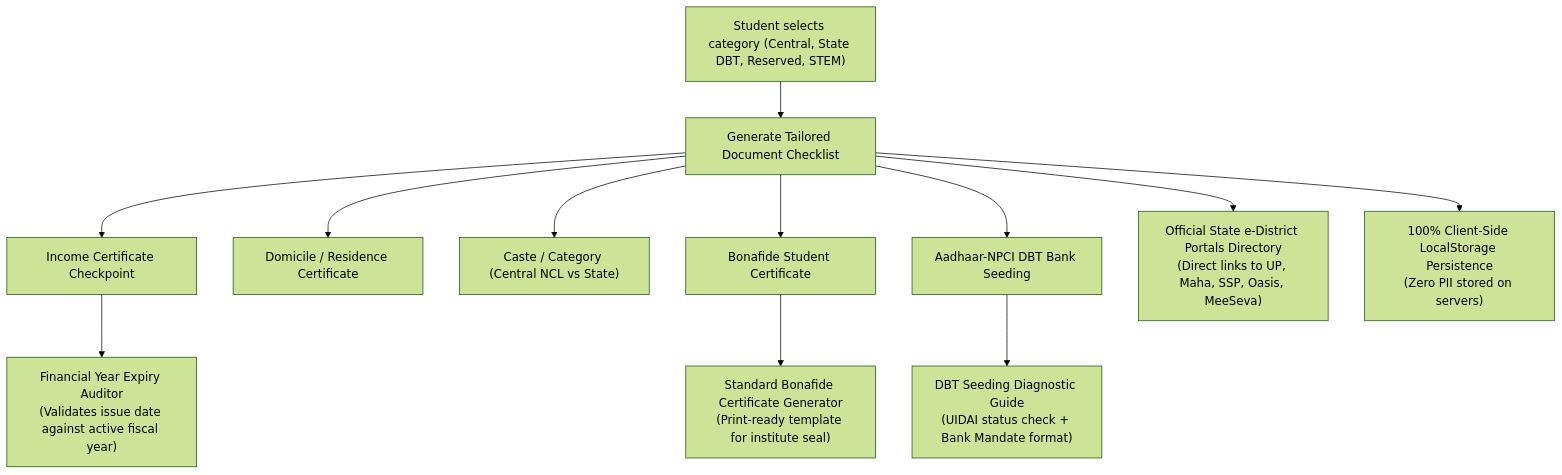
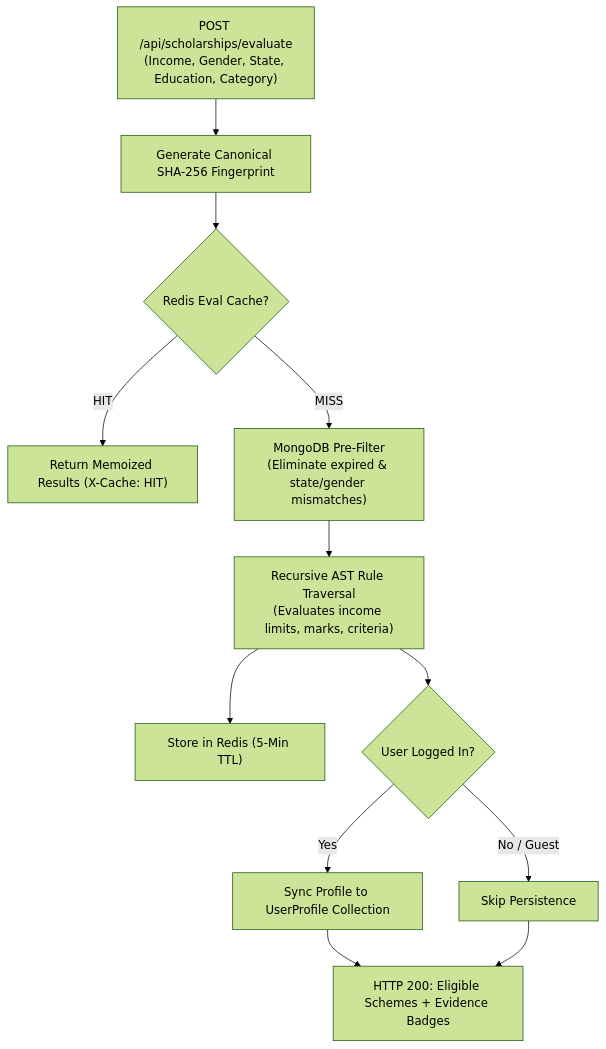
The third of 4 diagrams in README.md (sanskriti49/udaan-scholarship-finder), drawn with Mermaid (forest theme) before and after one commit. The commit also changed other lines of this file and 21 other files, not shown here.

````diff
--- a/README.md
+++ b/README.md
@@ -109,21 +249,16 @@
 ```mermaid
 flowchart TD
-    Category["Student selects category (Central, State DBT, Reserved, STEM)"] --> Pack["Generate Tailored Document Checklist"]
-    Pack --> Income["Income Certificate Checkpoint"]
-    Pack --> Domicile["Domicile / Residence Certificate"]
-    Pack --> Caste["Caste / Category (Central NCL vs State)"]
-    Pack --> Bonafide["Bonafide Student Certificate"]
-    Pack --> DBT["Aadhaar-NPCI DBT Bank Seeding"]
-
-    Income --> FYAudit["Financial Year Expiry Auditor
-(Validates issue date against active fiscal year)"]
-    Bonafide --> Generator["Standard Bonafide Certificate Generator
-(Print-ready template for institute seal)"]
-    DBT --> Diag["DBT Seeding Diagnostic Guide
-(UIDAI status check + Bank Mandate format)"]
-    Pack --> StateDir["Official State e-District Portals Directory
-(Direct links to UP, Maha, SSP, Oasis, MeeSeva)"]
-
-    Pack --> LocalStore["100% Client-Side LocalStorage Persistence
-(Zero PII stored on servers)"]
+    Req["POST /api/scholarships/evaluate
+(Income, Gender, State, Education, Category)"] --> Hashing["Generate Canonical SHA-256 Fingerprint"]
+    Hashing --> CacheCheck{"Redis Eval Cache?"}
+    CacheCheck -->|HIT| RetCache["Return Memoized Results (X-Cache: HIT)"]
+    CacheCheck -->|MISS| PreFilter["MongoDB Pre-Filter
+(Eliminate expired & state/gender mismatches)"]
+    PreFilter --> AST["Recursive AST Rule Traversal
+(Evaluates income limits, marks, criteria)"]
+    AST --> SetCache["Store in Redis (5-Min TTL)"]
+    AST --> AutoSave{"User Logged In?"}
+    AutoSave -->|Yes| SaveProfile["Sync Profile to UserProfile Collection"]
+    AutoSave -->|No / Guest| SkipSave["Skip Persistence"]
+    SaveProfile & SkipSave --> Resp["HTTP 200: Eligible Schemes + Evidence Badges"]
 ```
````
